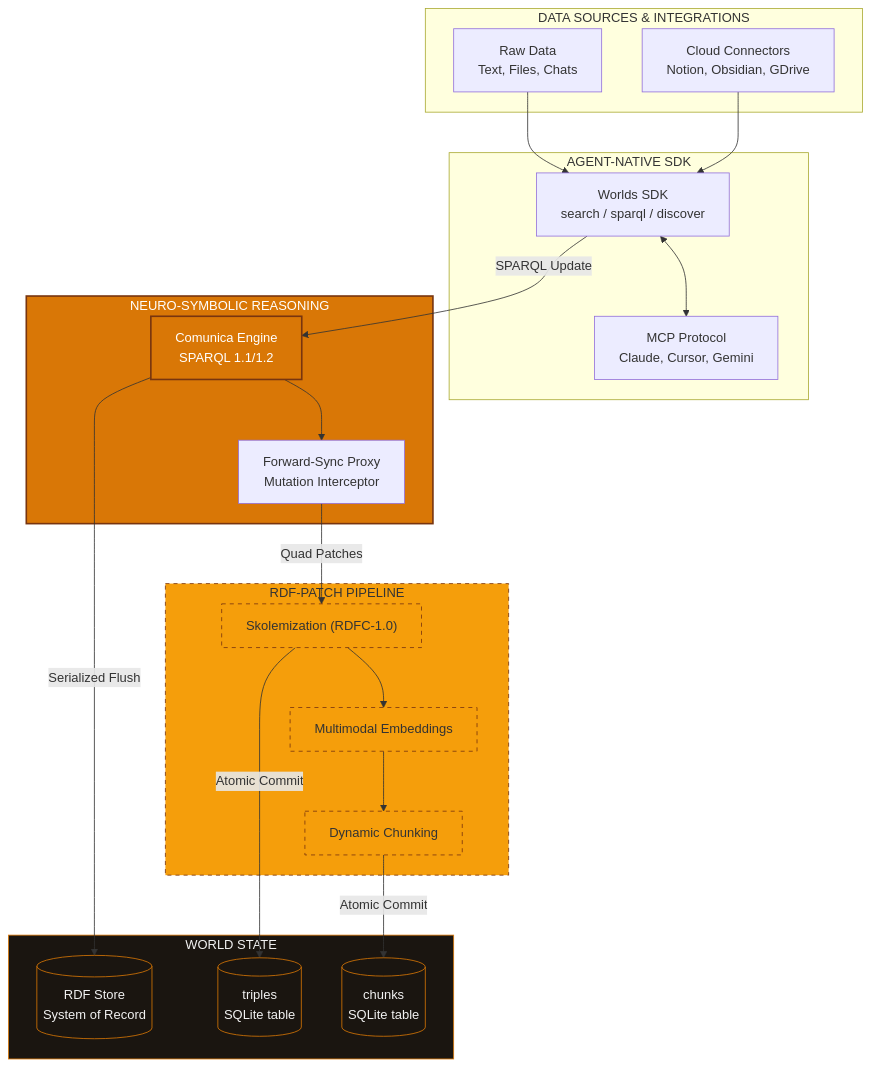
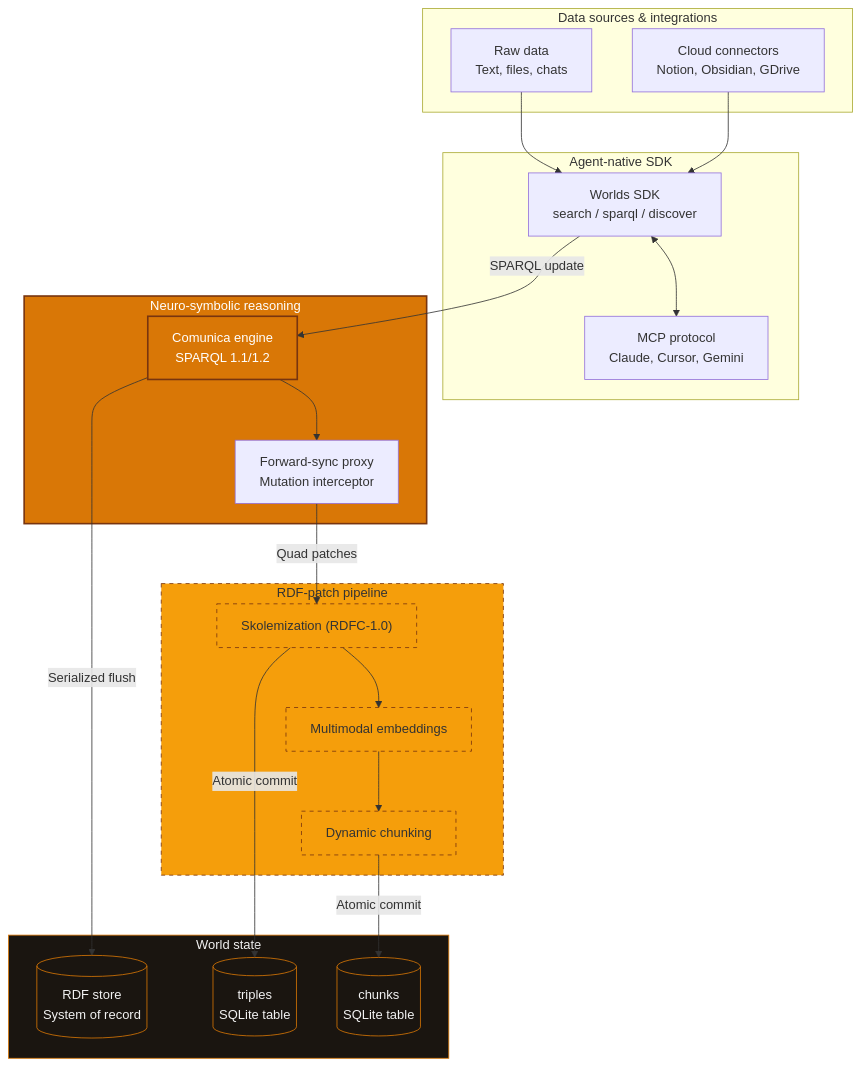
One commit to wazootech/worlds changed the second of 4 diagrams in packages/docs/contribute/architecture.mdx. Above: the diagram before and after it, drawn with Mermaid. The commit also changed other lines of this file and 3 other files, not shown here.

Commit message:
docs: strictly enforce concise style and sentence-case in architecture and diagram text

````diff
--- a/packages/docs/contribute/architecture.mdx
+++ b/packages/docs/contribute/architecture.mdx
@@ -98,56 +98,56 @@
 ```mermaid
 flowchart TD
     %% Global Styling
     classDef engine fill:#D97706,stroke:#78350F,stroke-width:2px,color:#fff;
     classDef persistence fill:#1a1510,stroke:#D97706,stroke-width:1px,color:#f2f2f2;
     classDef process fill:#F59E0B,stroke:#78350F,stroke-dasharray: 5 5,color:#333;
 
-    subgraph Sources ["DATA SOURCES & INTEGRATIONS"]
-        RAW["Raw Data<br/>Text, Files, Chats"]
-        CLOUD["Cloud Connectors<br/>Notion, Obsidian, GDrive"]
+    subgraph Sources ["Data sources & integrations"]
+        RAW["Raw data<br/>Text, files, chats"]
+        CLOUD["Cloud connectors<br/>Notion, Obsidian, GDrive"]
     end
 
-    subgraph Ingestion ["AGENT-NATIVE SDK"]
+    subgraph Ingestion ["Agent-native SDK"]
         SDK["Worlds SDK<br/>search / sparql / discover"]
-        MCP["MCP Protocol<br/>Claude, Cursor, Gemini"]
+        MCP["MCP protocol<br/>Claude, Cursor, Gemini"]
     end
 
-    subgraph Core ["NEURO-SYMBOLIC REASONING"]
-        SPARQL["Comunica Engine<br/>SPARQL 1.1/1.2"]
-        PROXY["Forward-Sync Proxy<br/>Mutation Interceptor"]
+    subgraph Core ["Neuro-symbolic reasoning"]
+        SPARQL["Comunica engine<br/>SPARQL 1.1/1.2"]
+        PROXY["Forward-sync proxy<br/>Mutation interceptor"]
     end
 
-    subgraph Pipeline ["RDF-PATCH PIPELINE"]
+    subgraph Pipeline ["RDF-patch pipeline"]
         SKOLEM["Skolemization (RDFC-1.0)"]
-        EMBED["Multimodal Embeddings"]
-        CHUNK["Dynamic Chunking"]
+        EMBED["Multimodal embeddings"]
+        CHUNK["Dynamic chunking"]
     end
 
-    subgraph State ["WORLD STATE"]
-        BLOBS[("RDF Store<br/>System of Record")]
+    subgraph State ["World state"]
+        BLOBS[("RDF store<br/>System of record")]
         TRIPLES[("triples<br/>SQLite table")]
         CHUNKS[("chunks<br/>SQLite table")]
     end
 
     %% Data Flow
     RAW --> SDK
     CLOUD --> SDK
     SDK <--> MCP
 
-    SDK -->|SPARQL Update| SPARQL
+    SDK -->|SPARQL update| SPARQL
     SPARQL --> PROXY
 
-    PROXY -->|Quad Patches| SKOLEM
+    PROXY -->|Quad patches| SKOLEM
     SKOLEM --> EMBED
     EMBED --> CHUNK
 
-    SKOLEM -->|Atomic Commit| TRIPLES
-    CHUNK -->|Atomic Commit| CHUNKS
+    SKOLEM -->|Atomic commit| TRIPLES
+    CHUNK -->|Atomic commit| CHUNKS
 
-    SPARQL -->|Serialized Flush| BLOBS
+    SPARQL -->|Serialized flush| BLOBS
 
     %% Assignments
     class Core,SPARQL,N3 engine;
     class State,BLOBS,TRIPLES,CHUNKS persistence;
     class Pipeline,SKOLEM,EMBED,CHUNK process;
 ```
````
